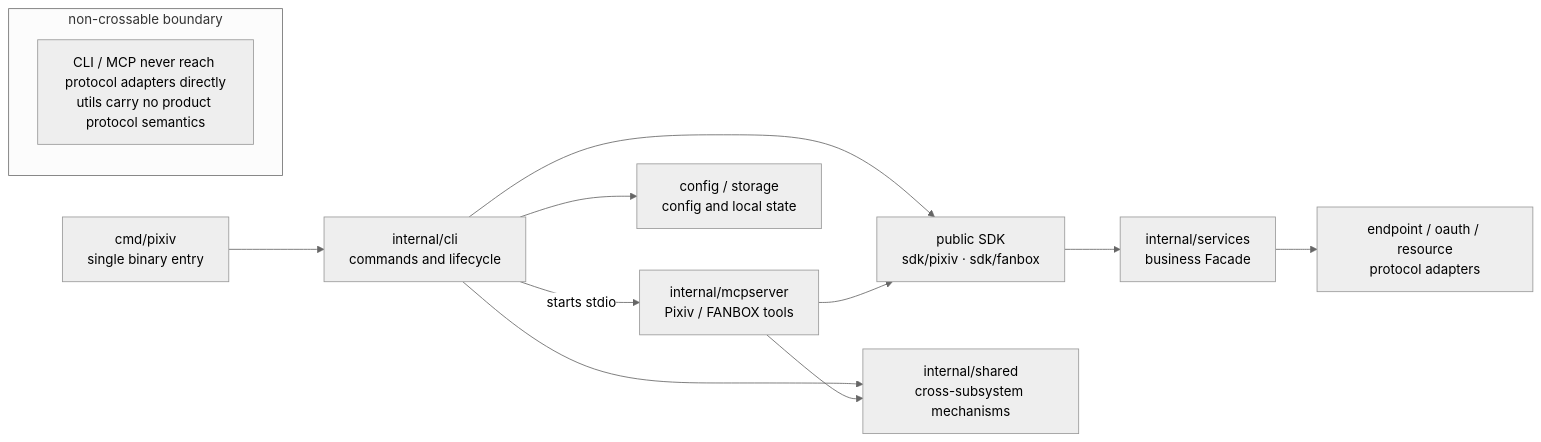
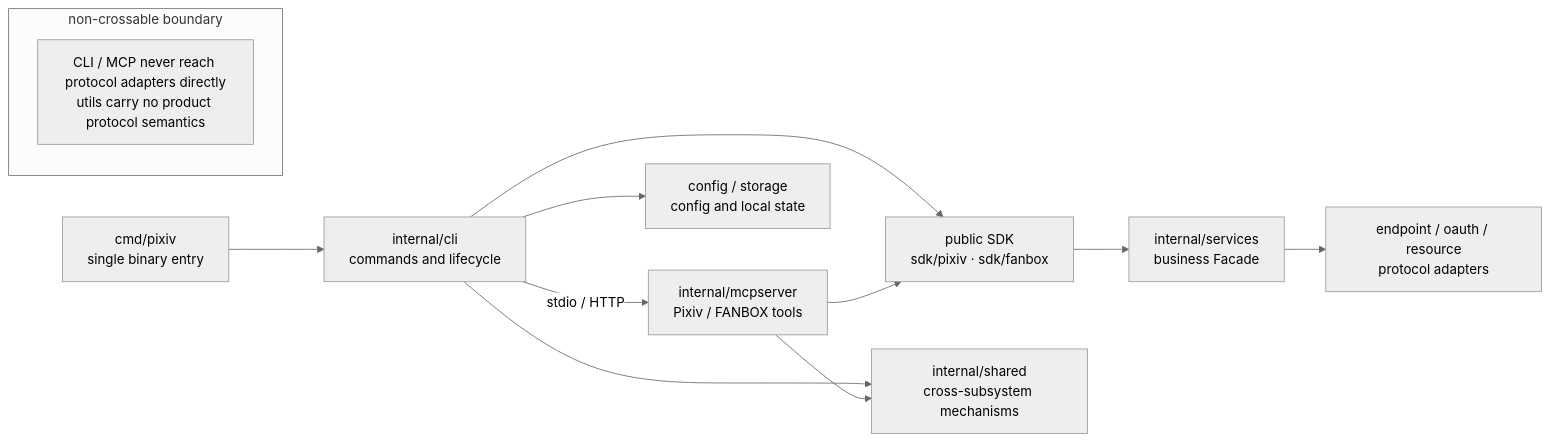
Before and after one commit to FlanChanXwO/pixiv-cli: the diagram in docs/en/maintainers/architecture.md, drawn with Mermaid (neutral theme). The commit also changed other lines of this file and 282 other files, not shown here.

First line of the commit message:
feat(mcp): unify stdio and authenticated HTTP with protected media (#146)

````diff
--- a/docs/en/maintainers/architecture.md
+++ b/docs/en/maintainers/architecture.md
@@ -5,16 +5,16 @@
 ```mermaid
 flowchart LR
     ENTRY["cmd/pixiv<br/>single binary entry"] --> CLI["internal/cli<br/>commands and lifecycle"]
-    CLI -->|"starts stdio"| MCP["internal/mcpserver<br/>Pixiv / FANBOX tools"]
+    CLI -->|"stdio / HTTP"| MCP["internal/mcpserver<br/>Pixiv / FANBOX tools"]
     CLI --> SDK["public SDK<br/>sdk/pixiv · sdk/fanbox"]
     MCP --> SDK
     SDK --> FACADE["internal/services<br/>business Facade"]
     FACADE --> ADAPTER["endpoint / oauth / resource<br/>protocol adapters"]
     CLI --> SHARED["internal/shared<br/>cross-subsystem mechanisms"]
     MCP --> SHARED
     CLI --> STATE["config / storage<br/>config and local state"]
 
     subgraph boundary["non-crossable boundary"]
         RULE["CLI / MCP never reach protocol adapters directly<br/>utils carry no product protocol semantics"]
     end
 ```
````
